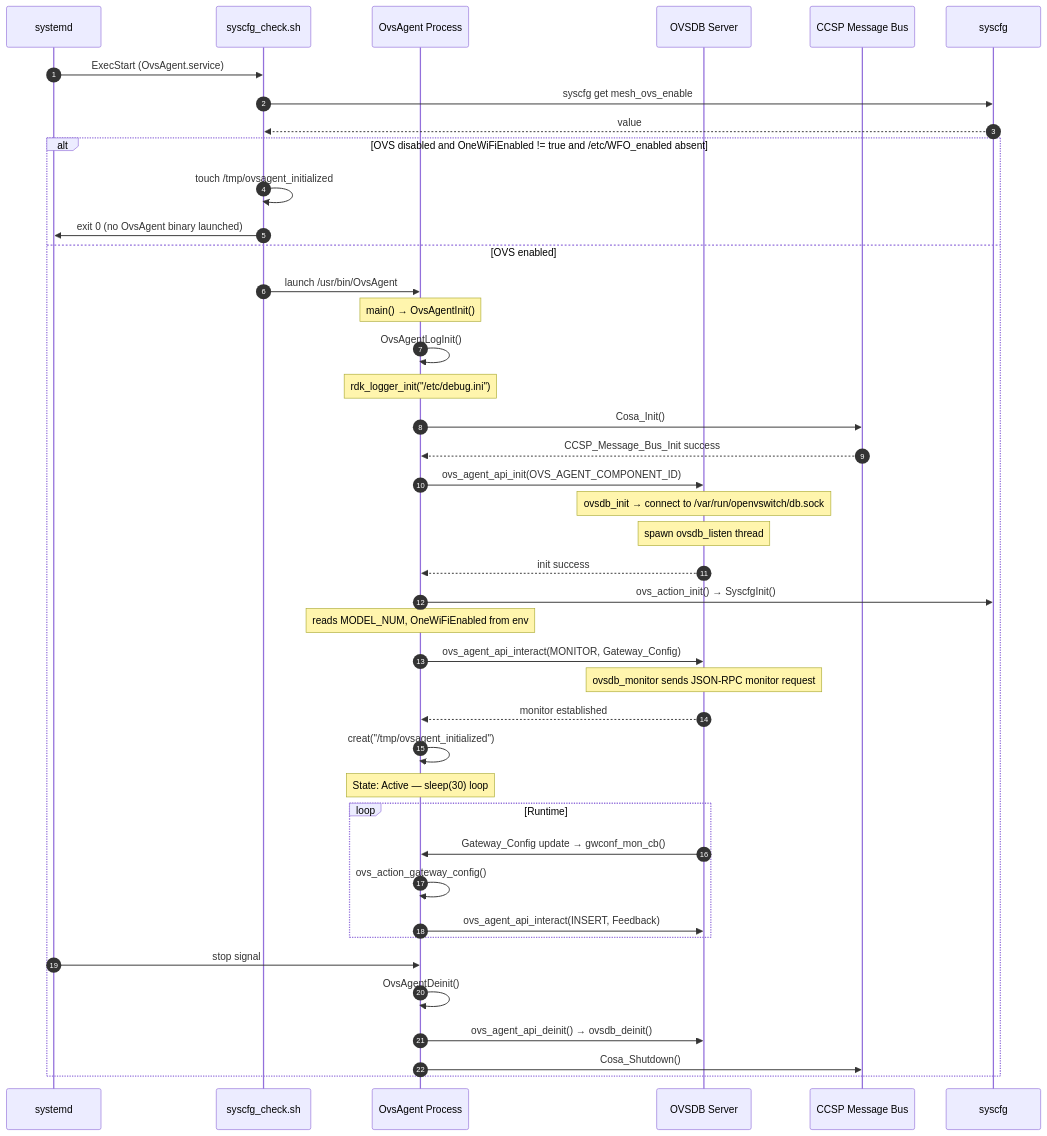
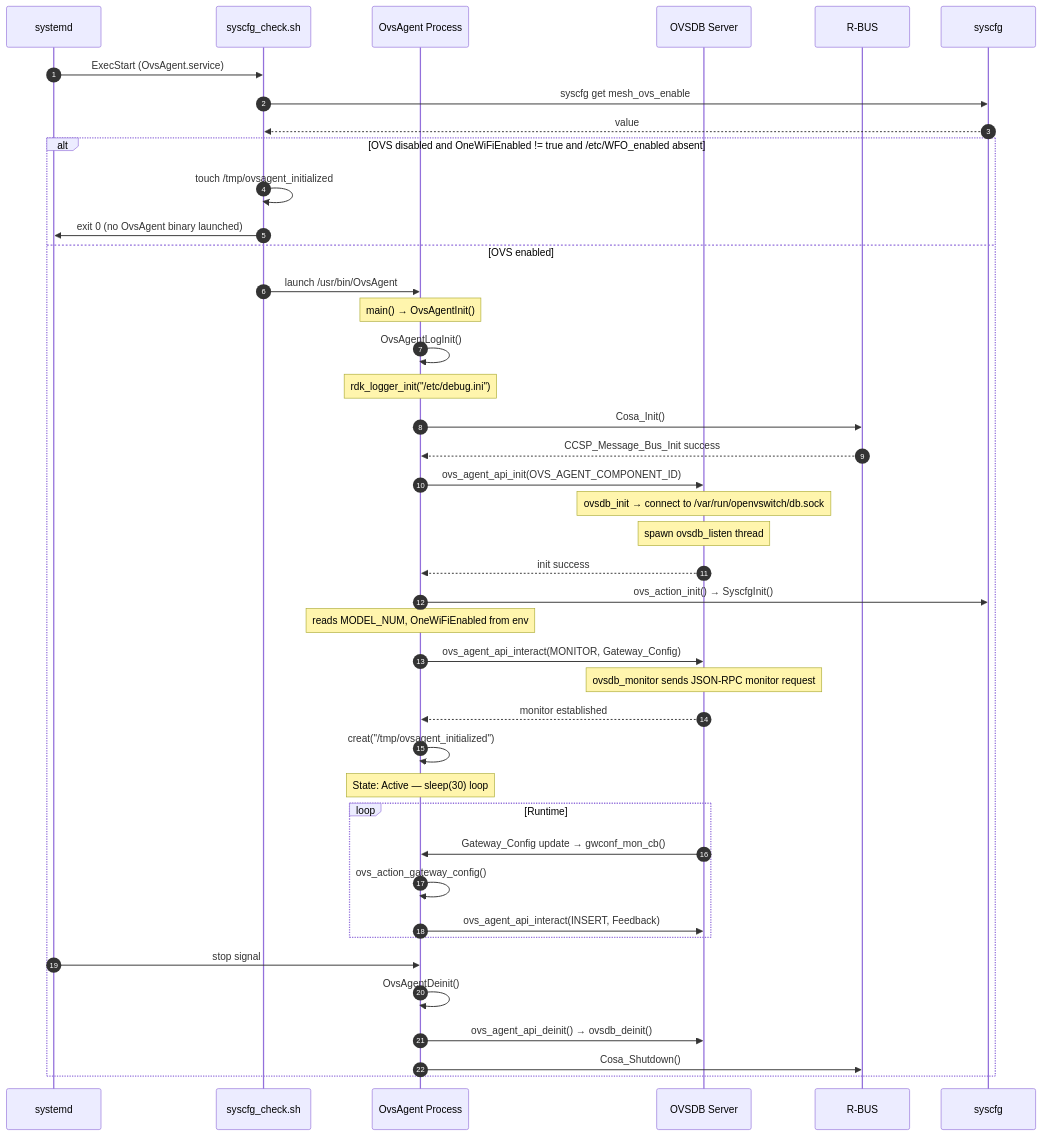
The third of 6 diagrams in docs/docu/dec17/open-virtual-switch-agent.md (rns21/RDK_Documentation), drawn with Mermaid before and after one commit. The commit also changed other lines of this file, not shown here.

````diff
--- a/docs/docu/dec17/open-virtual-switch-agent.md
+++ b/docs/docu/dec17/open-virtual-switch-agent.md
@@ -189,54 +189,54 @@
 ```mermaid
 sequenceDiagram
     autonumber
     participant Systemd as systemd
     participant Script as syscfg_check.sh
     participant OvsAgent as OvsAgent Process
     participant OvsDbSrv as OVSDB Server
-    participant Cosa as CCSP Message Bus
+    participant Cosa as R-BUS
     participant Syscfg as syscfg
 
     Systemd->>Script: ExecStart (OvsAgent.service)
     Script->>Syscfg: syscfg get mesh_ovs_enable
     Syscfg-->>Script: value
 
     alt OVS disabled and OneWiFiEnabled != true and /etc/WFO_enabled absent
         Script->>Script: touch /tmp/ovsagent_initialized
         Script->>Systemd: exit 0 (no OvsAgent binary launched)
     else OVS enabled
         Script->>OvsAgent: launch /usr/bin/OvsAgent
         Note over OvsAgent: main() → OvsAgentInit()
 
         OvsAgent->>OvsAgent: OvsAgentLogInit()
         Note over OvsAgent: rdk_logger_init("/etc/debug.ini")
 
         OvsAgent->>Cosa: Cosa_Init()
         Cosa-->>OvsAgent: CCSP_Message_Bus_Init success
 
         OvsAgent->>OvsDbSrv: ovs_agent_api_init(OVS_AGENT_COMPONENT_ID)
         Note over OvsDbSrv: ovsdb_init → connect to /var/run/openvswitch/db.sock
         Note over OvsDbSrv: spawn ovsdb_listen thread
         OvsDbSrv-->>OvsAgent: init success
 
         OvsAgent->>Syscfg: ovs_action_init() → SyscfgInit()
         Note over OvsAgent: reads MODEL_NUM, OneWiFiEnabled from env
 
         OvsAgent->>OvsDbSrv: ovs_agent_api_interact(MONITOR, Gateway_Config)
         Note over OvsDbSrv: ovsdb_monitor sends JSON-RPC monitor request
         OvsDbSrv-->>OvsAgent: monitor established
 
         OvsAgent->>OvsAgent: creat("/tmp/ovsagent_initialized")
         Note over OvsAgent: State: Active — sleep(30) loop
 
         loop Runtime
             OvsDbSrv->>OvsAgent: Gateway_Config update → gwconf_mon_cb()
             OvsAgent->>OvsAgent: ovs_action_gateway_config()
             OvsAgent->>OvsDbSrv: ovs_agent_api_interact(INSERT, Feedback)
         end
 
         Systemd->>OvsAgent: stop signal
         OvsAgent->>OvsAgent: OvsAgentDeinit()
         OvsAgent->>OvsDbSrv: ovs_agent_api_deinit() → ovsdb_deinit()
         OvsAgent->>Cosa: Cosa_Shutdown()
     end
 ```
````
